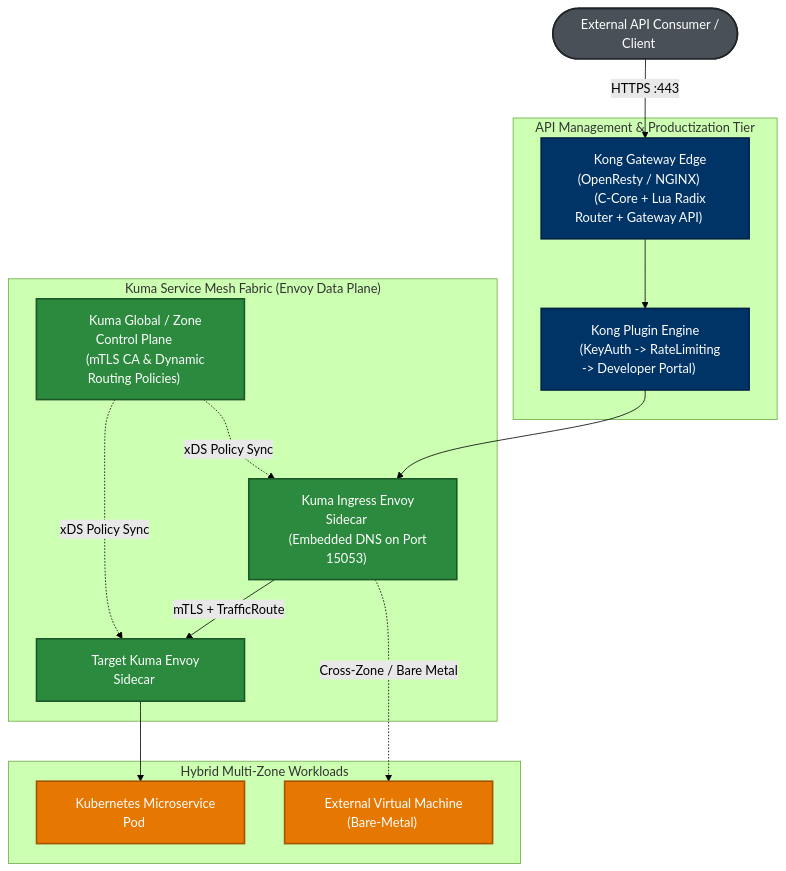
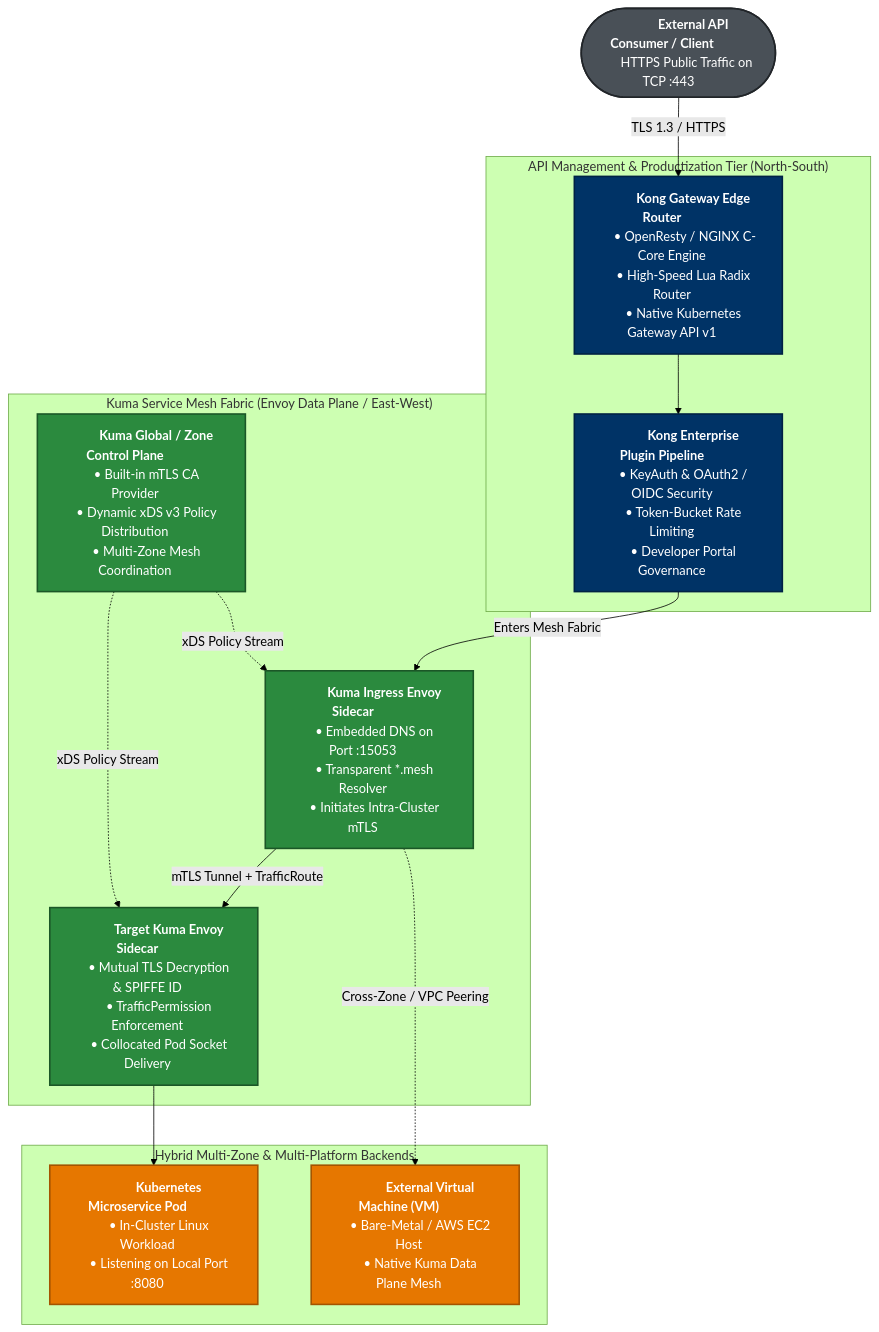
The sixth of 8 diagrams in README.md (nubenetes/cloudnative-ingress-mesh-lab), drawn with Mermaid (forest theme) before and after one commit. The commit also changed other lines of this file and 1 other file, not shown here.

Commit message:
fix(diagrams): enlarge boxes and break long text lines in Diagram 6 and 7 to prevent text truncation

````diff
--- a/README.md
+++ b/README.md
@@ -494,32 +494,38 @@
 ```mermaid
 flowchart TD
-    Consumer(["&nbsp;&nbsp;&nbsp;&nbsp;External API Consumer / Client&nbsp;&nbsp;&nbsp;&nbsp;"]) -->|"HTTPS :443"| KongGW["&nbsp;&nbsp;&nbsp;&nbsp;Kong Gateway Edge (OpenResty / NGINX)&nbsp;&nbsp;&nbsp;&nbsp;<br/>&nbsp;&nbsp;&nbsp;&nbsp;(C-Core + Lua Radix Router + Gateway API)&nbsp;&nbsp;&nbsp;&nbsp;"]
-    
-    subgraph KongEdgePlane ["&nbsp;&nbsp;API Management & Productization Tier&nbsp;&nbsp;"]
-        KongGW --> PluginEngine["&nbsp;&nbsp;&nbsp;&nbsp;Kong Plugin Engine&nbsp;&nbsp;&nbsp;&nbsp;<br/>&nbsp;&nbsp;&nbsp;&nbsp;(KeyAuth -> RateLimiting -> Developer Portal)&nbsp;&nbsp;&nbsp;&nbsp;"]
+    Consumer(["&nbsp;&nbsp;&nbsp;&nbsp;&nbsp;&nbsp;&nbsp;&nbsp;&nbsp;&nbsp;<b>External API Consumer / Client</b>&nbsp;&nbsp;&nbsp;&nbsp;&nbsp;&nbsp;&nbsp;&nbsp;&nbsp;&nbsp;<br/>&nbsp;&nbsp;&nbsp;&nbsp;&nbsp;&nbsp;HTTPS Public Traffic on TCP :443&nbsp;&nbsp;&nbsp;&nbsp;&nbsp;&nbsp;"]) -->|"TLS 1.3 / HTTPS"| KongGW
+
+    subgraph KongEdgePlane ["&nbsp;&nbsp;&nbsp;&nbsp;&nbsp;&nbsp;&nbsp;&nbsp;&nbsp;&nbsp;&nbsp;&nbsp;API Management & Productization Tier (North-South)&nbsp;&nbsp;&nbsp;&nbsp;&nbsp;&nbsp;&nbsp;&nbsp;&nbsp;&nbsp;&nbsp;&nbsp;"]
+        KongGW["&nbsp;&nbsp;&nbsp;&nbsp;&nbsp;&nbsp;&nbsp;&nbsp;&nbsp;&nbsp;<b>Kong Gateway Edge Router</b>&nbsp;&nbsp;&nbsp;&nbsp;&nbsp;&nbsp;&nbsp;&nbsp;&nbsp;&nbsp;<br/>&nbsp;&nbsp;&nbsp;&nbsp;• OpenResty / NGINX C-Core Engine&nbsp;&nbsp;&nbsp;&nbsp;<br/>&nbsp;&nbsp;&nbsp;&nbsp;• High-Speed Lua Radix Router&nbsp;&nbsp;&nbsp;&nbsp;<br/>&nbsp;&nbsp;&nbsp;&nbsp;• Native Kubernetes Gateway API v1&nbsp;&nbsp;&nbsp;&nbsp;"]
+        
+        KongGW --> PluginEngine["&nbsp;&nbsp;&nbsp;&nbsp;&nbsp;&nbsp;&nbsp;&nbsp;&nbsp;&nbsp;<b>Kong Enterprise Plugin Pipeline</b>&nbsp;&nbsp;&nbsp;&nbsp;&nbsp;&nbsp;&nbsp;&nbsp;&nbsp;&nbsp;<br/>&nbsp;&nbsp;&nbsp;&nbsp;• KeyAuth & OAuth2 / OIDC Security&nbsp;&nbsp;&nbsp;&nbsp;<br/>&nbsp;&nbsp;&nbsp;&nbsp;• Token-Bucket Rate Limiting&nbsp;&nbsp;&nbsp;&nbsp;<br/>&nbsp;&nbsp;&nbsp;&nbsp;• Developer Portal Governance&nbsp;&nbsp;&nbsp;&nbsp;"]
     end
     
-    subgraph KumaMeshPlane ["&nbsp;&nbsp;Kuma Service Mesh Fabric (Envoy Data Plane)&nbsp;&nbsp;"]
-        KumaCP["&nbsp;&nbsp;&nbsp;&nbsp;Kuma Global / Zone Control Plane&nbsp;&nbsp;&nbsp;&nbsp;<br/>&nbsp;&nbsp;&nbsp;&nbsp;(mTLS CA & Dynamic Routing Policies)&nbsp;&nbsp;&nbsp;&nbsp;"]
-        PluginEngine --> KumaProxy1["&nbsp;&nbsp;&nbsp;&nbsp;Kuma Ingress Envoy Sidecar&nbsp;&nbsp;&nbsp;&nbsp;<br/>&nbsp;&nbsp;&nbsp;&nbsp;(Embedded DNS on Port 15053)&nbsp;&nbsp;&nbsp;&nbsp;"]
-        KumaCP -.->|"xDS Policy Sync"| KumaProxy1
+    subgraph KumaMeshPlane ["&nbsp;&nbsp;&nbsp;&nbsp;&nbsp;&nbsp;&nbsp;&nbsp;&nbsp;&nbsp;&nbsp;&nbsp;Kuma Service Mesh Fabric (Envoy Data Plane / East-West)&nbsp;&nbsp;&nbsp;&nbsp;&nbsp;&nbsp;&nbsp;&nbsp;&nbsp;&nbsp;&nbsp;&nbsp;"]
+        KumaCP["&nbsp;&nbsp;&nbsp;&nbsp;&nbsp;&nbsp;&nbsp;&nbsp;&nbsp;&nbsp;<b>Kuma Global / Zone Control Plane</b>&nbsp;&nbsp;&nbsp;&nbsp;&nbsp;&nbsp;&nbsp;&nbsp;&nbsp;&nbsp;<br/>&nbsp;&nbsp;&nbsp;&nbsp;• Built-in mTLS CA Provider&nbsp;&nbsp;&nbsp;&nbsp;<br/>&nbsp;&nbsp;&nbsp;&nbsp;• Dynamic xDS v3 Policy Distribution&nbsp;&nbsp;&nbsp;&nbsp;<br/>&nbsp;&nbsp;&nbsp;&nbsp;• Multi-Zone Mesh Coordination&nbsp;&nbsp;&nbsp;&nbsp;"]
         
-        KumaProxy1 -->|"mTLS + TrafficRoute"| KumaProxy2["&nbsp;&nbsp;&nbsp;&nbsp;Target Kuma Envoy Sidecar&nbsp;&nbsp;&nbsp;&nbsp;"]
-        KumaCP -.->|"xDS Policy Sync"| KumaProxy2
+        PluginEngine -->|"Enters Mesh Fabric"| KumaProxy1["&nbsp;&nbsp;&nbsp;&nbsp;&nbsp;&nbsp;&nbsp;&nbsp;&nbsp;&nbsp;<b>Kuma Ingress Envoy Sidecar</b>&nbsp;&nbsp;&nbsp;&nbsp;&nbsp;&nbsp;&nbsp;&nbsp;&nbsp;&nbsp;<br/>&nbsp;&nbsp;&nbsp;&nbsp;• Embedded DNS on Port :15053&nbsp;&nbsp;&nbsp;&nbsp;<br/>&nbsp;&nbsp;&nbsp;&nbsp;• Transparent *.mesh Resolver&nbsp;&nbsp;&nbsp;&nbsp;<br/>&nbsp;&nbsp;&nbsp;&nbsp;• Initiates Intra-Cluster mTLS&nbsp;&nbsp;&nbsp;&nbsp;"]
+        
+        KumaCP -.->|"xDS Policy Stream"| KumaProxy1
+        
+        KumaProxy1 -->|"mTLS Tunnel + TrafficRoute"| KumaProxy2["&nbsp;&nbsp;&nbsp;&nbsp;&nbsp;&nbsp;&nbsp;&nbsp;&nbsp;&nbsp;<b>Target Kuma Envoy Sidecar</b>&nbsp;&nbsp;&nbsp;&nbsp;&nbsp;&nbsp;&nbsp;&nbsp;&nbsp;&nbsp;<br/>&nbsp;&nbsp;&nbsp;&nbsp;• Mutual TLS Decryption & SPIFFE ID&nbsp;&nbsp;&nbsp;&nbsp;<br/>&nbsp;&nbsp;&nbsp;&nbsp;• TrafficPermission Enforcement&nbsp;&nbsp;&nbsp;&nbsp;<br/>&nbsp;&nbsp;&nbsp;&nbsp;• Collocated Pod Socket Delivery&nbsp;&nbsp;&nbsp;&nbsp;"]
+        
+        KumaCP -.->|"xDS Policy Stream"| KumaProxy2
     end
     
-    subgraph HybridBackends ["&nbsp;&nbsp;Hybrid Multi-Zone Workloads&nbsp;&nbsp;"]
-        KumaProxy2 --> PodBackend["&nbsp;&nbsp;&nbsp;&nbsp;Kubernetes Microservice Pod&nbsp;&nbsp;&nbsp;&nbsp;"]
-        KumaProxy1 -.->|"Cross-Zone / Bare Metal"| VMBackend["&nbsp;&nbsp;&nbsp;&nbsp;External Virtual Machine (Bare-Metal)&nbsp;&nbsp;&nbsp;&nbsp;"]
+    subgraph HybridBackends ["&nbsp;&nbsp;&nbsp;&nbsp;&nbsp;&nbsp;&nbsp;&nbsp;&nbsp;&nbsp;&nbsp;&nbsp;Hybrid Multi-Zone & Multi-Platform Backends&nbsp;&nbsp;&nbsp;&nbsp;&nbsp;&nbsp;&nbsp;&nbsp;&nbsp;&nbsp;&nbsp;&nbsp;"]
+        KumaProxy2 --> PodBackend["&nbsp;&nbsp;&nbsp;&nbsp;&nbsp;&nbsp;&nbsp;&nbsp;&nbsp;&nbsp;<b>Kubernetes Microservice Pod</b>&nbsp;&nbsp;&nbsp;&nbsp;&nbsp;&nbsp;&nbsp;&nbsp;&nbsp;&nbsp;<br/>&nbsp;&nbsp;&nbsp;&nbsp;• In-Cluster Linux Workload&nbsp;&nbsp;&nbsp;&nbsp;<br/>&nbsp;&nbsp;&nbsp;&nbsp;• Listening on Local Port :8080&nbsp;&nbsp;&nbsp;&nbsp;"]
+        
+        KumaProxy1 -.->|"Cross-Zone / VPC Peering"| VMBackend["&nbsp;&nbsp;&nbsp;&nbsp;&nbsp;&nbsp;&nbsp;&nbsp;&nbsp;&nbsp;<b>External Virtual Machine (VM)</b>&nbsp;&nbsp;&nbsp;&nbsp;&nbsp;&nbsp;&nbsp;&nbsp;&nbsp;&nbsp;<br/>&nbsp;&nbsp;&nbsp;&nbsp;• Bare-Metal / AWS EC2 Host&nbsp;&nbsp;&nbsp;&nbsp;<br/>&nbsp;&nbsp;&nbsp;&nbsp;• Native Kuma Data Plane Mesh&nbsp;&nbsp;&nbsp;&nbsp;"]
     end
 
     classDef consumer fill:#495057,stroke:#212529,stroke-width:2px,color:#fff;
     classDef kong fill:#003366,stroke:#002244,stroke-width:2px,color:#fff;
     classDef kuma fill:#2b8a3e,stroke:#1b5727,stroke-width:2px,color:#fff;
     classDef work fill:#e67700,stroke:#a35400,stroke-width:2px,color:#fff;
 
     class Consumer consumer;
     class KongGW,PluginEngine kong;
     class KumaCP,KumaProxy1,KumaProxy2 kuma;
     class PodBackend,VMBackend work;
 ```
````
